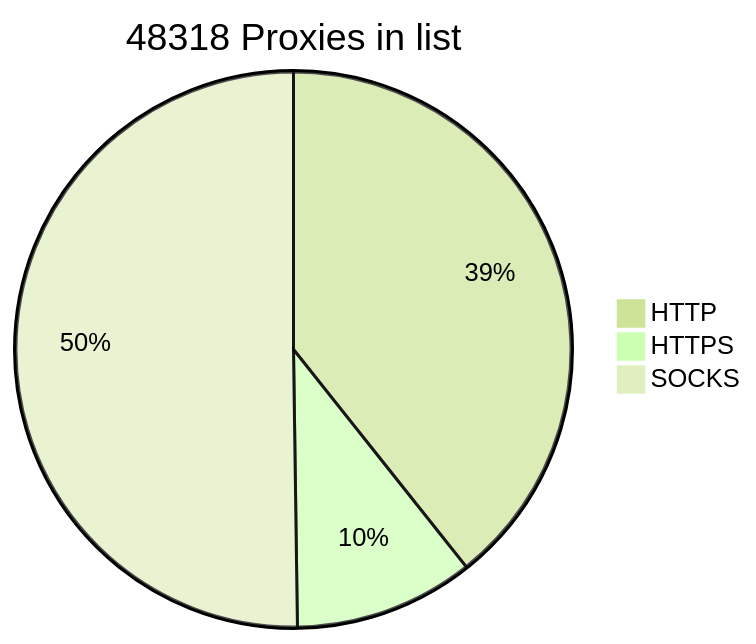
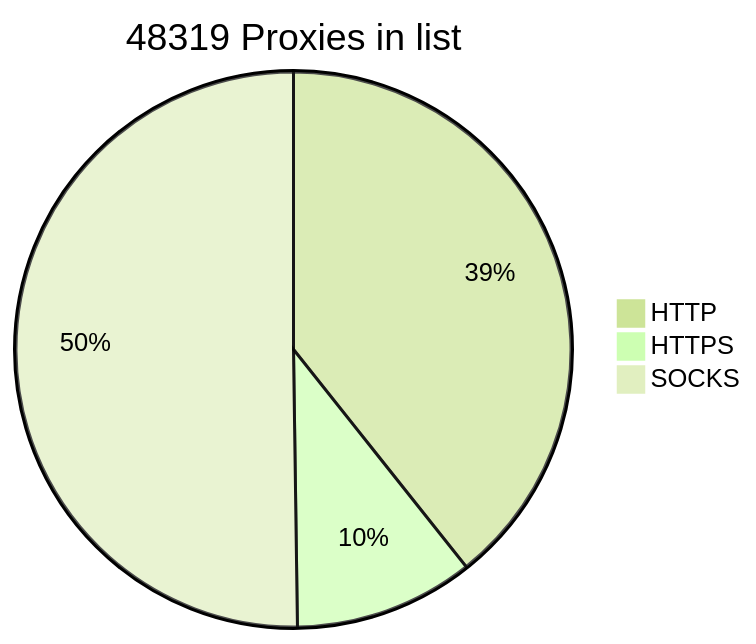
Before and after one commit to BlackSnowDot/proxylist-update-every-minute: the diagram in README.md, drawn with Mermaid (forest theme).

````diff
--- a/README.md
+++ b/README.md
@@ -2,6 +2,6 @@
 ```mermaid
-pie title 48318 Proxies in list
+pie title 48319 Proxies in list
     "HTTP" : 20924
     "HTTPS": 5570
-    "SOCKS" : 26735
+    "SOCKS" : 26736
 ```
````
